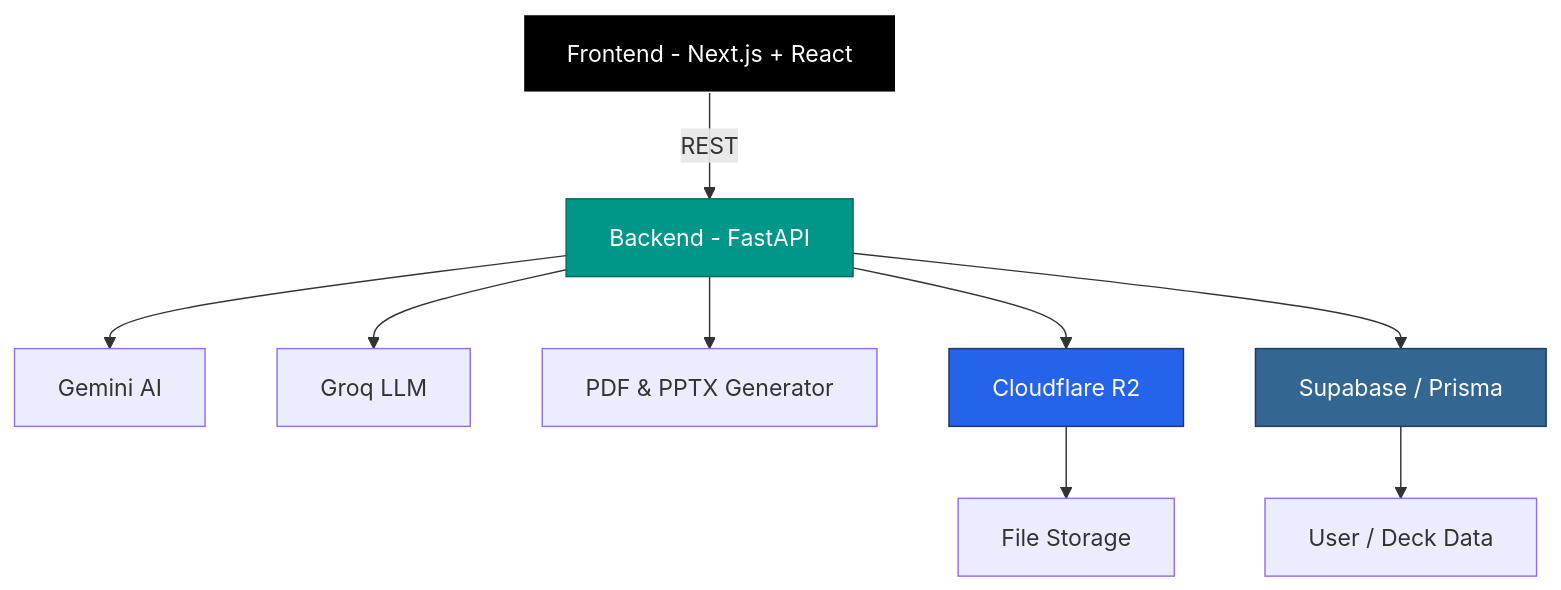
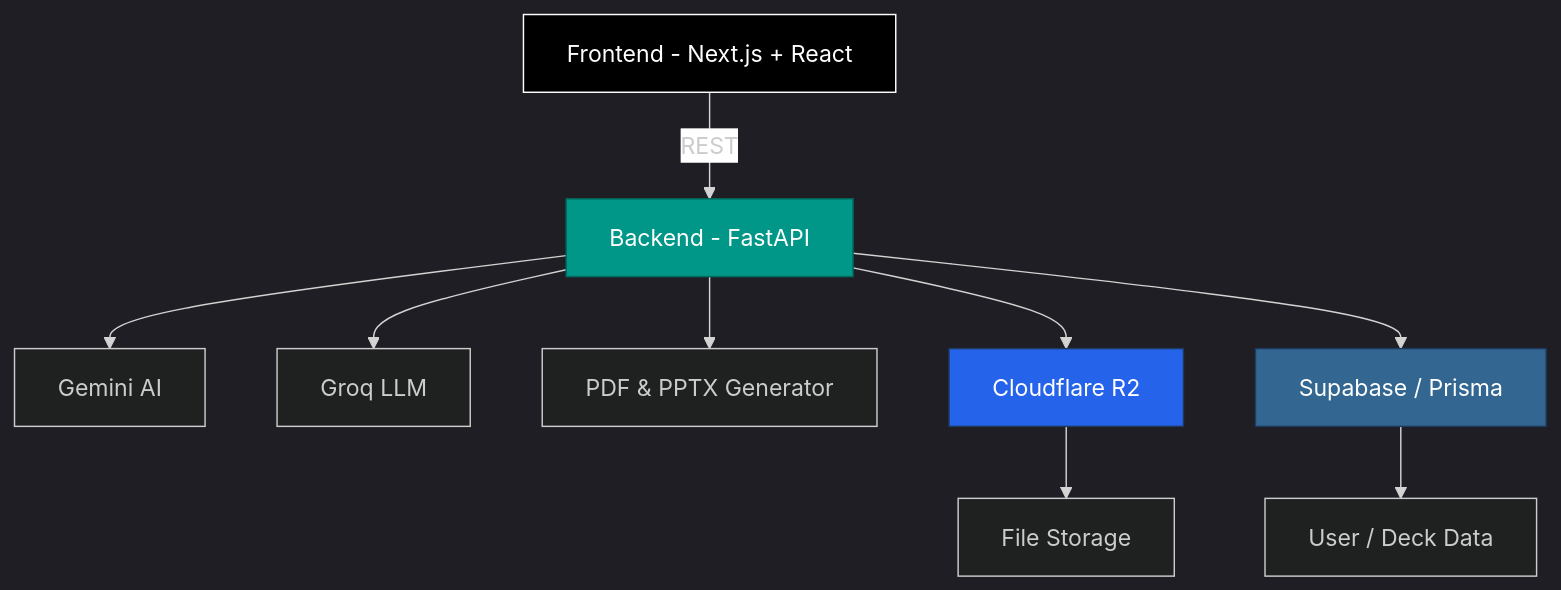
One commit to varunaditya27/EduSynth changed the first of 2 diagrams in README.md. Above: the diagram before and after it, drawn with Mermaid. The commit also changed other lines of this file, not shown here.

Commit message:
Format team members and update architecture section

````diff
--- a/README.md
+++ b/README.md
@@ -64,16 +64,17 @@
 ```mermaid
+%%{init: {'theme': 'dark', 'themeVariables': { 'primaryColor': '#009688', 'edgeLabelBackground':'#ffffff', 'tertiaryColor': '#2563EB'}}}%%
 graph TD
     A[Frontend - Next.js + React] -->|REST| B[Backend - FastAPI]
     B --> C[Gemini AI]
     B --> D[Groq LLM]
     B --> E[PDF & PPTX Generator]
     B --> F[Cloudflare R2]
     B --> G[Supabase / Prisma]
     F --> H[File Storage]
     G --> I[User / Deck Data]
 
     style A fill:#000000,stroke:#ffffff,color:#ffffff
     style B fill:#009688,stroke:#00695c,color:#ffffff
     style F fill:#2563EB,stroke:#1e3a5f,color:#ffffff
     style G fill:#336791,stroke:#1e3a5f,color:#ffffff
 ```
````
